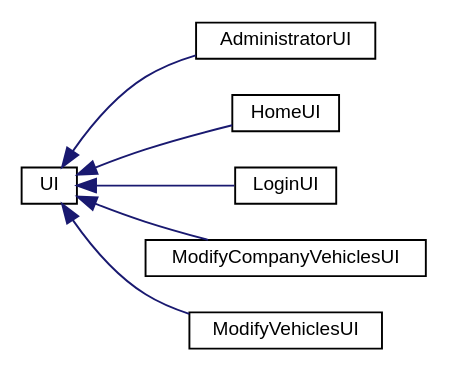
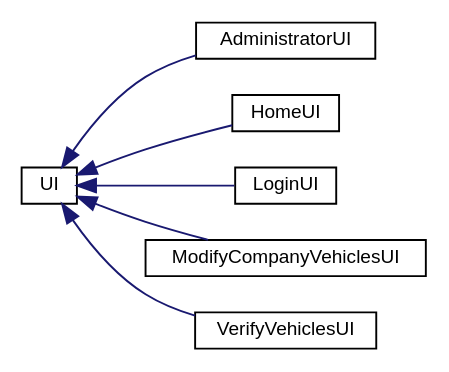
The diagram in inherit_graph_21.dot (ctrlMarcio/feup-cal-proj), drawn with Graphviz before and after one commit. The commit also changed 39 other files, not shown here.

```diff
--- a/inherit_graph_21.dot
+++ b/inherit_graph_21.dot
@@ -1,17 +1,17 @@
 digraph "Graphical Class Hierarchy"
 {
   edge [fontname="Helvetica",fontsize="10",labelfontname="Helvetica",labelfontsize="10"];
   node [fontname="Helvetica",fontsize="10",shape=record];
   rankdir="LR";
   Node0 [label="UI",height=0.2,width=0.4,color="black", fillcolor="white", style="filled",URL="$classUI.html"];
   Node0 -> Node1 [dir="back",color="midnightblue",fontsize="10",style="solid",fontname="Helvetica"];
   Node1 [label="AdministratorUI",height=0.2,width=0.4,color="black", fillcolor="white", style="filled",URL="$classAdministratorUI.html"];
   Node0 -> Node2 [dir="back",color="midnightblue",fontsize="10",style="solid",fontname="Helvetica"];
   Node2 [label="HomeUI",height=0.2,width=0.4,color="black", fillcolor="white", style="filled",URL="$classHomeUI.html"];
   Node0 -> Node3 [dir="back",color="midnightblue",fontsize="10",style="solid",fontname="Helvetica"];
   Node3 [label="LoginUI",height=0.2,width=0.4,color="black", fillcolor="white", style="filled",URL="$classLoginUI.html"];
   Node0 -> Node4 [dir="back",color="midnightblue",fontsize="10",style="solid",fontname="Helvetica"];
   Node4 [label="ModifyCompanyVehiclesUI",height=0.2,width=0.4,color="black", fillcolor="white", style="filled",URL="$classModifyCompanyVehiclesUI.html"];
   Node0 -> Node5 [dir="back",color="midnightblue",fontsize="10",style="solid",fontname="Helvetica"];
-  Node5 [label="ModifyVehiclesUI",height=0.2,width=0.4,color="black", fillcolor="white", style="filled",URL="$classModifyVehiclesUI.html"];
+  Node5 [label="VerifyVehiclesUI",height=0.2,width=0.4,color="black", fillcolor="white", style="filled",URL="$classVerifyVehiclesUI.html"];
 }
```
